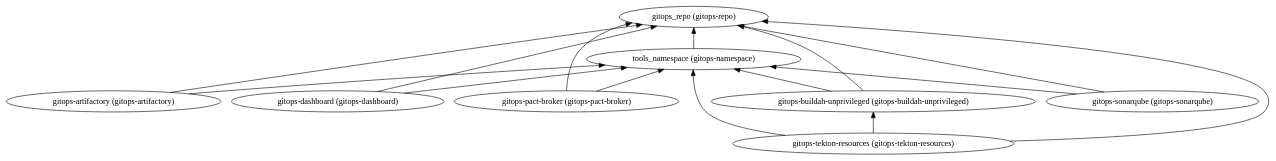
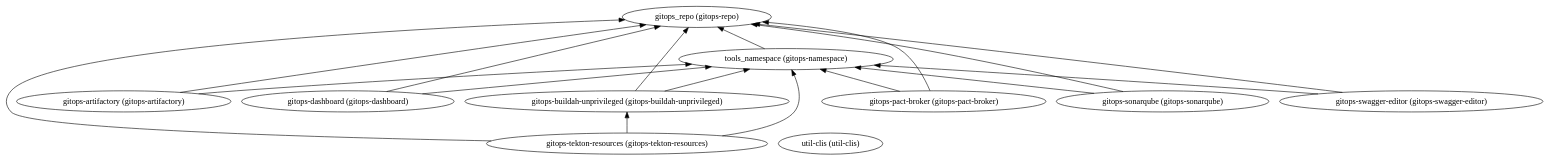
The diagram in 1-quickstart/220-dev-tools/dependencies.dot (IBM/automation-ibmcloud-infra-openshift), drawn with Graphviz before and after one commit. The commit also changed 51 other files, not shown here.

```diff
--- a/1-quickstart/220-dev-tools/dependencies.dot
+++ b/1-quickstart/220-dev-tools/dependencies.dot
@@ -1,25 +1,29 @@
 digraph {
     rankdir="BT"
     "gitops-artifactory (gitops-artifactory)" -> "gitops_repo (gitops-repo)"
 "gitops-artifactory (gitops-artifactory)" -> "tools_namespace (gitops-namespace)"
 "gitops-artifactory (gitops-artifactory)"
 "gitops_repo (gitops-repo)"
 "tools_namespace (gitops-namespace)" -> "gitops_repo (gitops-repo)"
 "tools_namespace (gitops-namespace)"
 "gitops-dashboard (gitops-dashboard)" -> "gitops_repo (gitops-repo)"
 "gitops-dashboard (gitops-dashboard)" -> "tools_namespace (gitops-namespace)"
 "gitops-dashboard (gitops-dashboard)"
 "gitops-pact-broker (gitops-pact-broker)" -> "gitops_repo (gitops-repo)"
 "gitops-pact-broker (gitops-pact-broker)" -> "tools_namespace (gitops-namespace)"
 "gitops-pact-broker (gitops-pact-broker)"
 "gitops-sonarqube (gitops-sonarqube)" -> "gitops_repo (gitops-repo)"
 "gitops-sonarqube (gitops-sonarqube)" -> "tools_namespace (gitops-namespace)"
 "gitops-sonarqube (gitops-sonarqube)"
+"gitops-swagger-editor (gitops-swagger-editor)" -> "gitops_repo (gitops-repo)"
+"gitops-swagger-editor (gitops-swagger-editor)" -> "tools_namespace (gitops-namespace)"
+"gitops-swagger-editor (gitops-swagger-editor)"
 "gitops-tekton-resources (gitops-tekton-resources)" -> "gitops_repo (gitops-repo)"
 "gitops-tekton-resources (gitops-tekton-resources)" -> "tools_namespace (gitops-namespace)"
 "gitops-tekton-resources (gitops-tekton-resources)" -> "gitops-buildah-unprivileged (gitops-buildah-unprivileged)"
 "gitops-tekton-resources (gitops-tekton-resources)"
 "gitops-buildah-unprivileged (gitops-buildah-unprivileged)" -> "gitops_repo (gitops-repo)"
 "gitops-buildah-unprivileged (gitops-buildah-unprivileged)" -> "tools_namespace (gitops-namespace)"
 "gitops-buildah-unprivileged (gitops-buildah-unprivileged)"
+"util-clis (util-clis)"
   }
```
